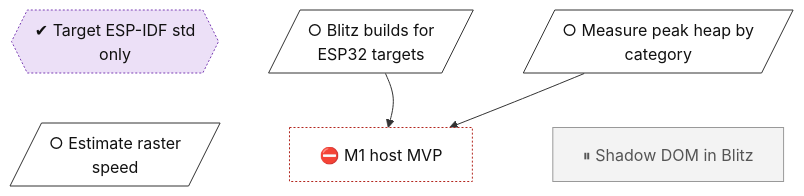
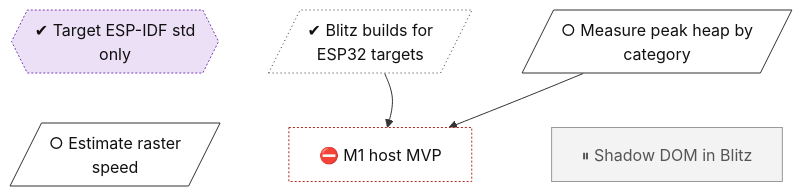
The diagram in docs/roadmap/tracks/eng.md (lhns/embedded-browser), drawn with Mermaid before and after one commit. The commit also changed other lines of this file and 4 other files, not shown here.

Commit message:
M0: S3 compile-only result, thread check, roadmap node eng-blitz-builds-esp done

````diff
--- a/docs/roadmap/tracks/eng.md
+++ b/docs/roadmap/tracks/eng.md
@@ -10,32 +10,33 @@
 ```mermaid
 flowchart TB
     eng_std_only_esp_idf{{"✔ Target ESP-IDF std<br/>only"}}
-    eng_blitz_builds_esp[/"○ Blitz builds for<br/>ESP32 targets"/]
+    eng_blitz_builds_esp[/"✔ Blitz builds for<br/>ESP32 targets"/]
     eng_peak_heap[/"○ Measure peak heap by<br/>category"/]
     eng_raster_estimate[/"○ Estimate raster<br/>speed"/]
     eng_m1_host_mvp["⛔ M1 host MVP"]
     eng_shadow_dom_upstream["⏸ Shadow DOM in Blitz"]
     eng_std_only_esp_idf ~~~ eng_raster_estimate
     eng_blitz_builds_esp ~~~ eng_m1_host_mvp
     eng_peak_heap ~~~ eng_shadow_dom_upstream
     eng_blitz_builds_esp --> eng_m1_host_mvp
     eng_peak_heap --> eng_m1_host_mvp
     classDef vsucc fill:#2e9e4f,stroke:#1b6b34,color:#fff
     classDef succ fill:#bfe8c8,stroke:#2e9e4f,color:#111
     classDef mixed fill:#ffd37a,stroke:#c98a00,color:#111
     classDef bad fill:#f28b82,stroke:#b3261e,color:#111
     classDef dead fill:#e6e6e6,stroke:#777,stroke-dasharray:5 5,color:#555
     classDef inprog fill:#a8cdf5,stroke:#1f6fc5,color:#111
     classDef next fill:#fff,stroke:#333,color:#111
     classDef blocked fill:#fff,stroke:#b3261e,stroke-dasharray:2 2,color:#111
     classDef parked fill:#f3f3f3,stroke:#999,color:#555
     classDef unrated fill:#fff,stroke:#333,stroke-dasharray:1 3,color:#111
     classDef gate fill:#d9c2f0,stroke:#7b3fb5,color:#111
     classDef decided fill:#ece0f7,stroke:#7b3fb5,stroke-dasharray:2 2,color:#111
     classDef finding fill:#ffe0b2,stroke:#d84315,stroke-width:2px,color:#111
     classDef waiting fill:#e3f2fd,stroke:#1f6fc5,stroke-dasharray:5 5,color:#111
     class eng_std_only_esp_idf decided
-    class eng_blitz_builds_esp,eng_peak_heap,eng_raster_estimate next
+    class eng_blitz_builds_esp unrated
+    class eng_peak_heap,eng_raster_estimate next
     class eng_m1_host_mvp blocked
     class eng_shadow_dom_upstream parked
 ```
````
